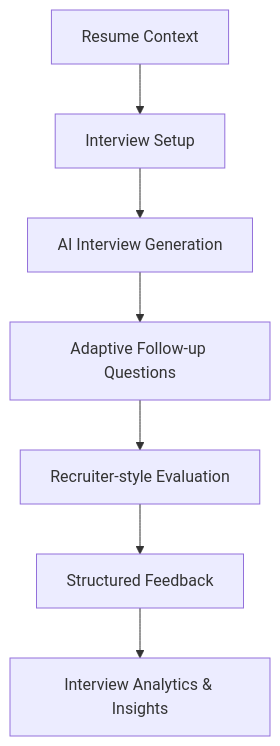
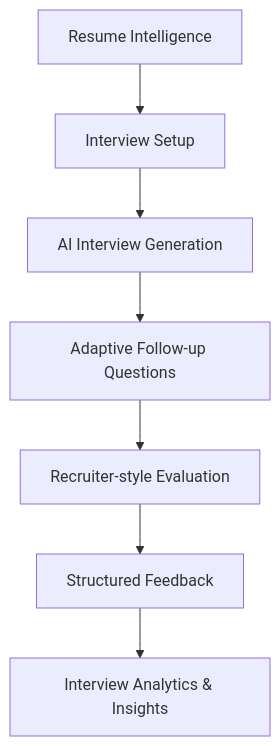
One commit to ilyassuelen/launchly changed the diagram in README.md. Above: the diagram before and after it, drawn with Mermaid. The commit also changed other lines of this file and 1 other file, not shown here.

Commit message:
docs(readme): refine architecture and feature documentation

````diff
--- a/README.md
+++ b/README.md
@@ -391,15 +335,10 @@
 ```mermaid
 flowchart TD
 
-A[Resume Context] --> B[Interview Setup]
-
+A[Resume Intelligence] --> B[Interview Setup]
 B --> C[AI Interview Generation]
-
 C --> D[Adaptive Follow-up Questions]
-
 D --> E[Recruiter-style Evaluation]
-
 E --> F[Structured Feedback]
-
 F --> G[Interview Analytics & Insights]
 ```
````
